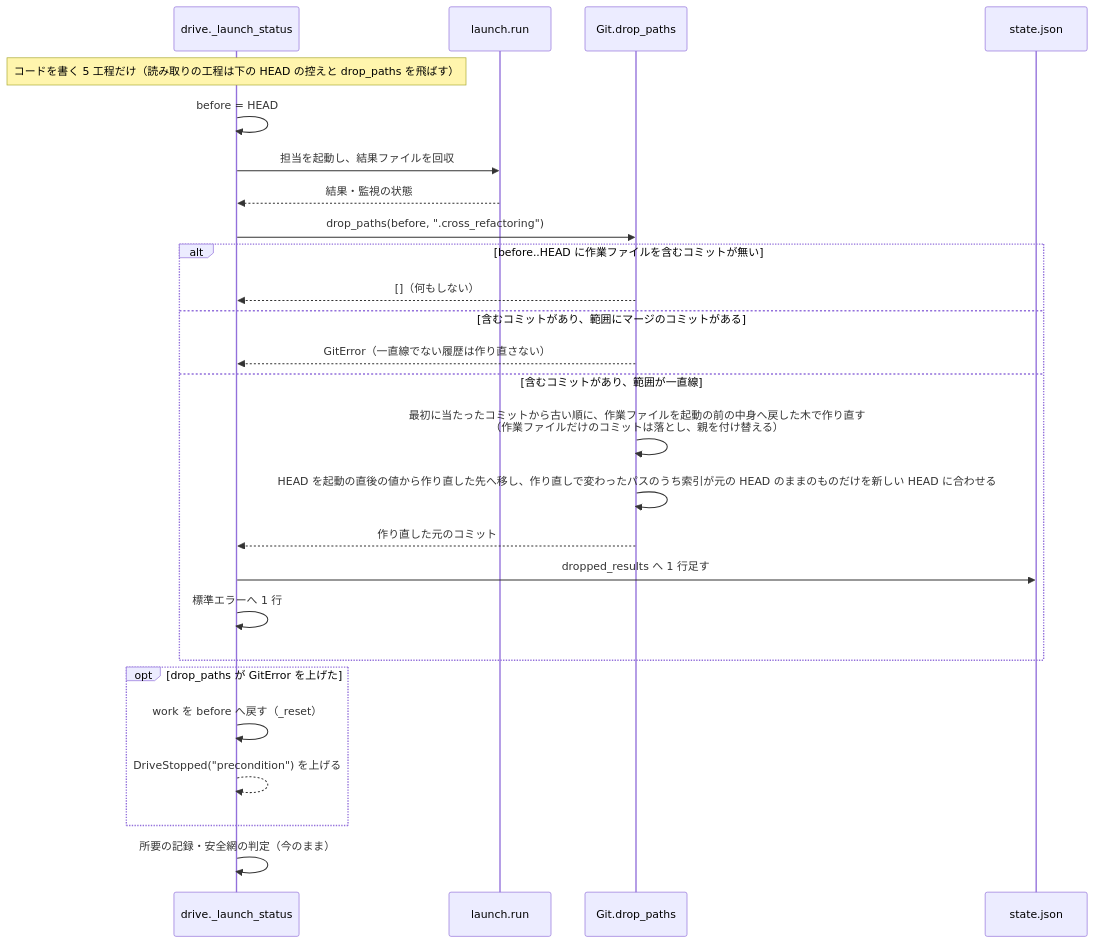
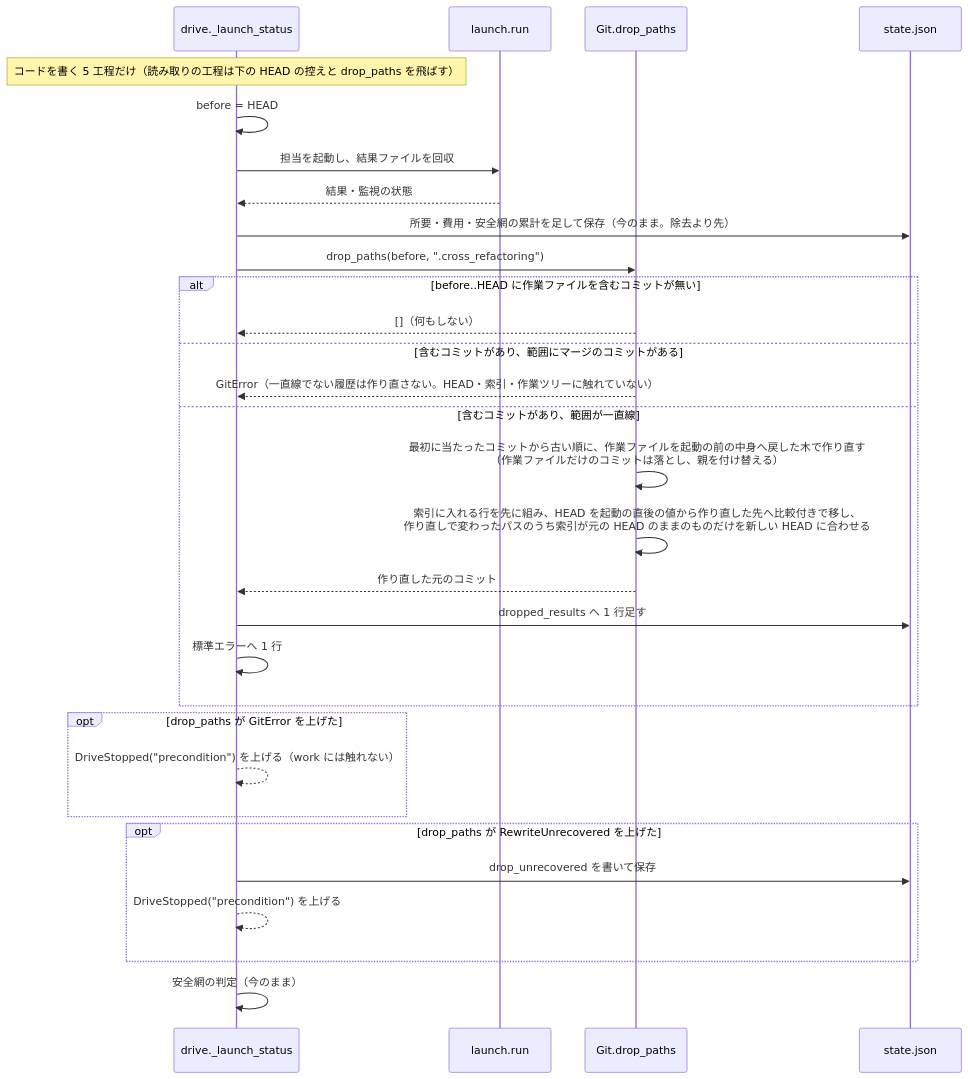
One commit to devbasex/ai-plugins changed the fourth of 4 diagrams in issues/issue-3500-design.md. Above: the diagram before and after it, drawn with Mermaid. The commit also changed other lines of this file, not shown here.

First line of the commit message:
Docs: #3500 の設計を cross-review の 2 巡目の指摘で直す（失敗時に work を戻さない・比較付きの戻し・所要の記録の順・log -z とマージの差分）

````diff
--- a/issues/issue-3500-design.md
+++ b/issues/issue-3500-design.md
@@ -82,28 +83,32 @@
 ```mermaid
 sequenceDiagram
   participant D as drive._launch_status
   participant L as launch.run
   participant G as Git.drop_paths
   participant S as state.json
   Note over D: コードを書く 5 工程だけ（読み取りの工程は下の HEAD の控えと drop_paths を飛ばす）
   D->>D: before = HEAD
   D->>L: 担当を起動し、結果ファイルを回収
   L-->>D: 結果・監視の状態
+  D->>S: 所要・費用・安全網の累計を足して保存（今のまま。除去より先）
   D->>G: drop_paths(before, ".cross_refactoring")
   alt before..HEAD に作業ファイルを含むコミットが無い
     G-->>D: []（何もしない）
   else 含むコミットがあり、範囲にマージのコミットがある
-    G-->>D: GitError（一直線でない履歴は作り直さない）
+    G-->>D: GitError（一直線でない履歴は作り直さない。HEAD・索引・作業ツリーに触れていない）
   else 含むコミットがあり、範囲が一直線
     G->>G: 最初に当たったコミットから古い順に、作業ファイルを起動の前の中身へ戻した木で作り直す<br/>（作業ファイルだけのコミットは落とし、親を付け替える）
-    G->>G: HEAD を起動の直後の値から作り直した先へ移し、作り直しで変わったパスのうち索引が元の HEAD のままのものだけを新しい HEAD に合わせる
+    G->>G: 索引に入れる行を先に組み、HEAD を起動の直後の値から作り直した先へ比較付きで移し、<br/>作り直しで変わったパスのうち索引が元の HEAD のままのものだけを新しい HEAD に合わせる
     G-->>D: 作り直した元のコミット
     D->>S: dropped_results へ 1 行足す
     D->>D: 標準エラーへ 1 行
   end
   opt drop_paths が GitError を上げた
-    D->>D: work を before へ戻す（_reset）
+    D-->>D: DriveStopped("precondition") を上げる（work には触れない）
+  end
+  opt drop_paths が RewriteUnrecovered を上げた
+    D->>S: drop_unrecovered を書いて保存
     D-->>D: DriveStopped("precondition") を上げる
   end
-  D->>D: 所要の記録・安全網の判定（今のまま）
+  D->>D: 安全網の判定（今のまま）
 ```
````
